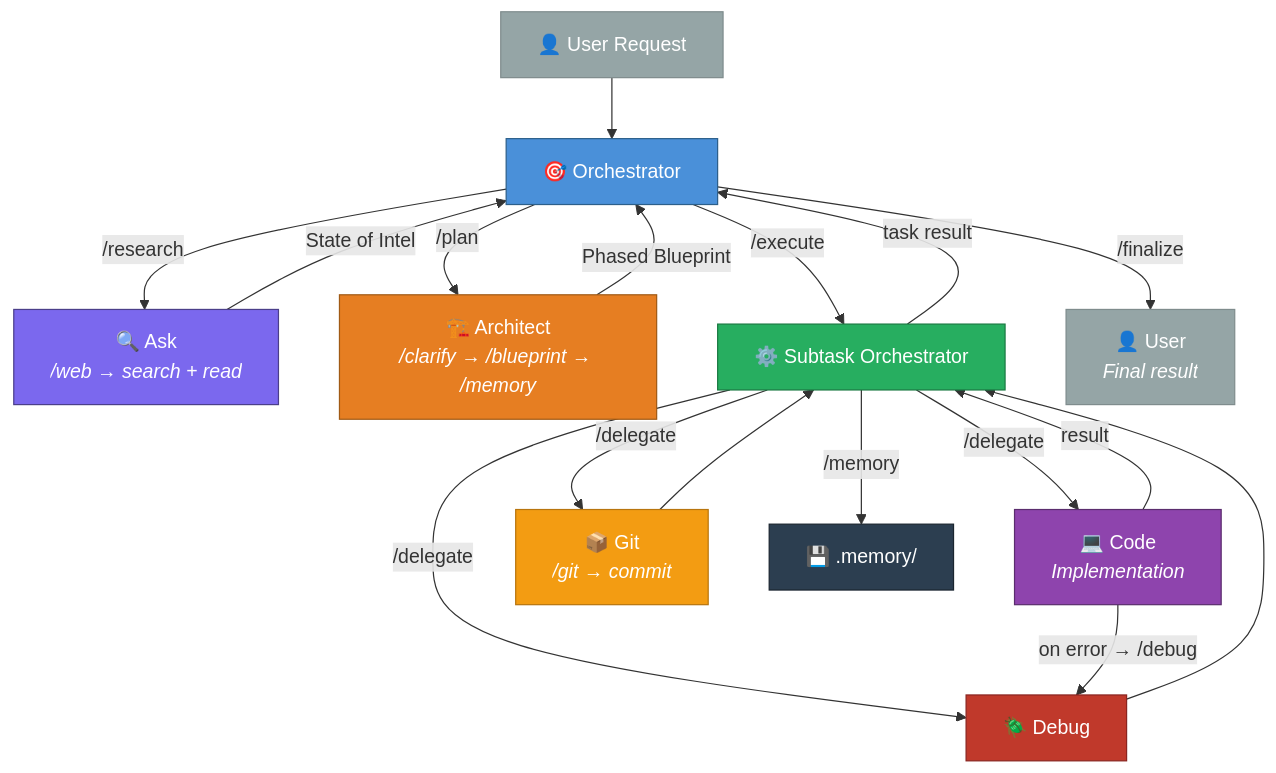
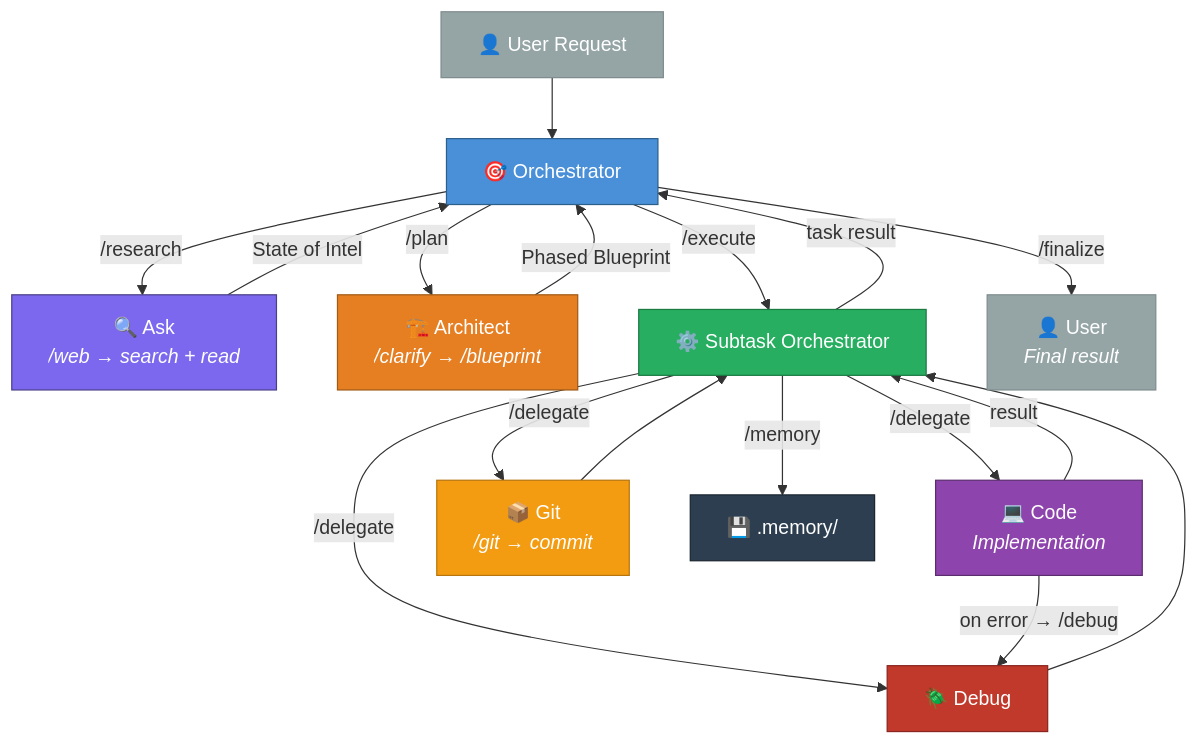
The first of 3 diagrams in README.md (weselben/RooForge), drawn with Mermaid before and after one commit. The commit also changed other lines of this file and 10 other files, not shown here.

First line of the commit message:
refactor(memory): phase-based persistence, direct edit, research files, blueprint self-persist

````diff
--- a/README.md
+++ b/README.md
@@ -23,30 +23,30 @@
 ```mermaid
 flowchart TD
     User["👤 User Request"] --> O
     O["🎯 Orchestrator"] -->|"/research"| A
     A["🔍 Ask<br/><i>/web → search + read</i>"] -->|"State of Intel"| O
     O -->|"/plan"| AR
-    AR["🏗️ Architect<br/><i>/clarify → /blueprint → /memory</i>"] -->|"Phased Blueprint"| O
+    AR["🏗️ Architect<br/><i>/clarify → /blueprint</i>"] -->|"Phased Blueprint"| O
     O -->|"/execute"| SO
     SO["⚙️ Subtask Orchestrator"] -->|"/delegate"| C
     SO -->|"/delegate"| D["🪲 Debug"]
     SO -->|"/delegate"| G
     C["💻 Code<br/><i>Implementation</i>"] -->|"result"| SO
     C -->|"on error → /debug"| D
     D --> SO
     G["📦 Git<br/><i>/git → commit</i>"] --> SO
     SO -->|"/memory"| M["💾 .memory/"]
     SO -->|"task result"| O
     O -->|"/finalize"| User2["👤 User<br/><i>Final result</i>"]
 
     style O fill:#4A90D9,color:#fff,stroke:#2C5F8A
     style A fill:#7B68EE,color:#fff,stroke:#4B3F8A
     style AR fill:#E67E22,color:#fff,stroke:#A05A15
     style SO fill:#27AE60,color:#fff,stroke:#1A7A42
     style C fill:#8E44AD,color:#fff,stroke:#5B2D6E
     style D fill:#C0392B,color:#fff,stroke:#8A2520
     style G fill:#F39C12,color:#fff,stroke:#B8750E
     style M fill:#2C3E50,color:#fff,stroke:#1A252F
     style User fill:#95A5A6,color:#fff,stroke:#7F8C8D
     style User2 fill:#95A5A6,color:#fff,stroke:#7F8C8D
 ```
````
